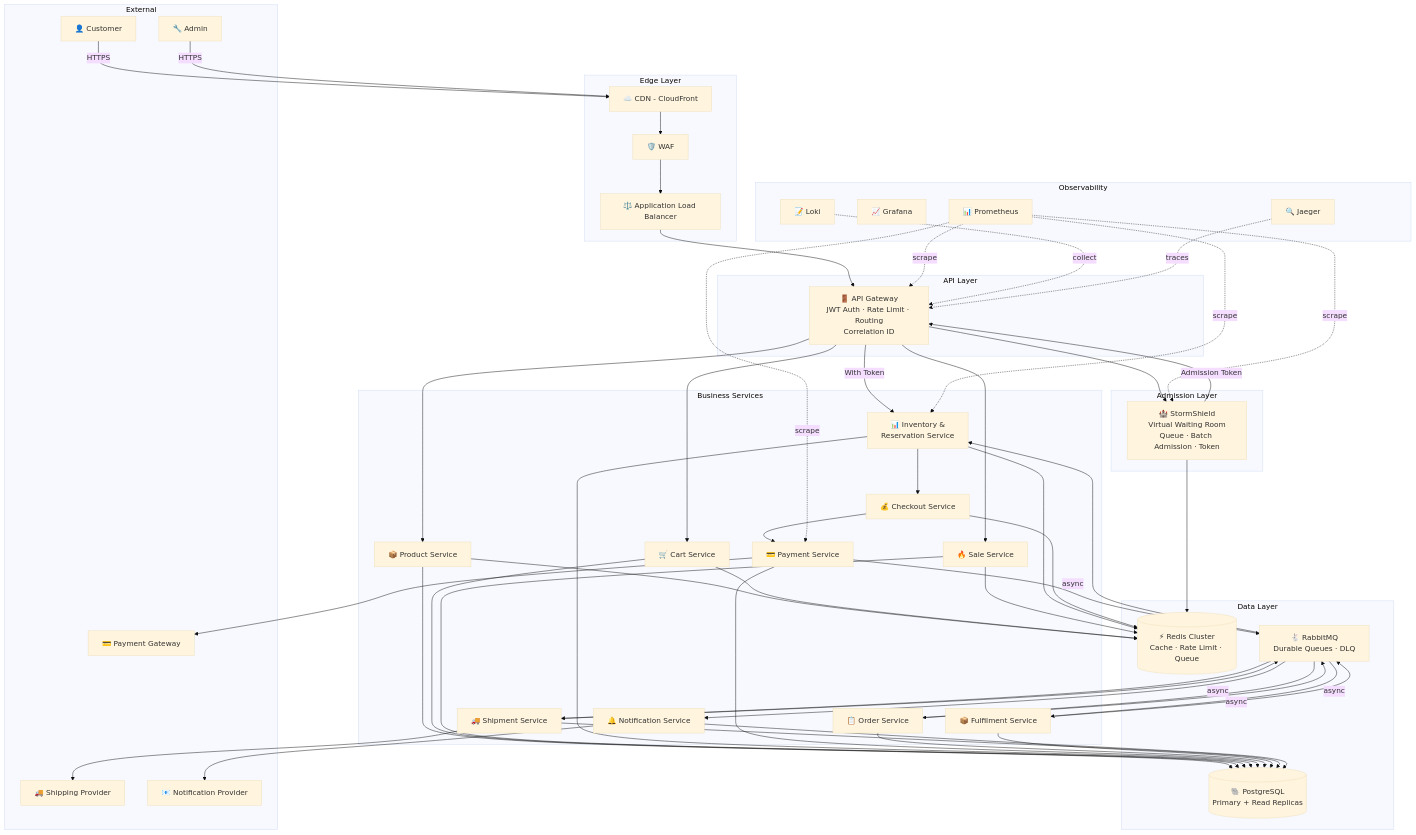
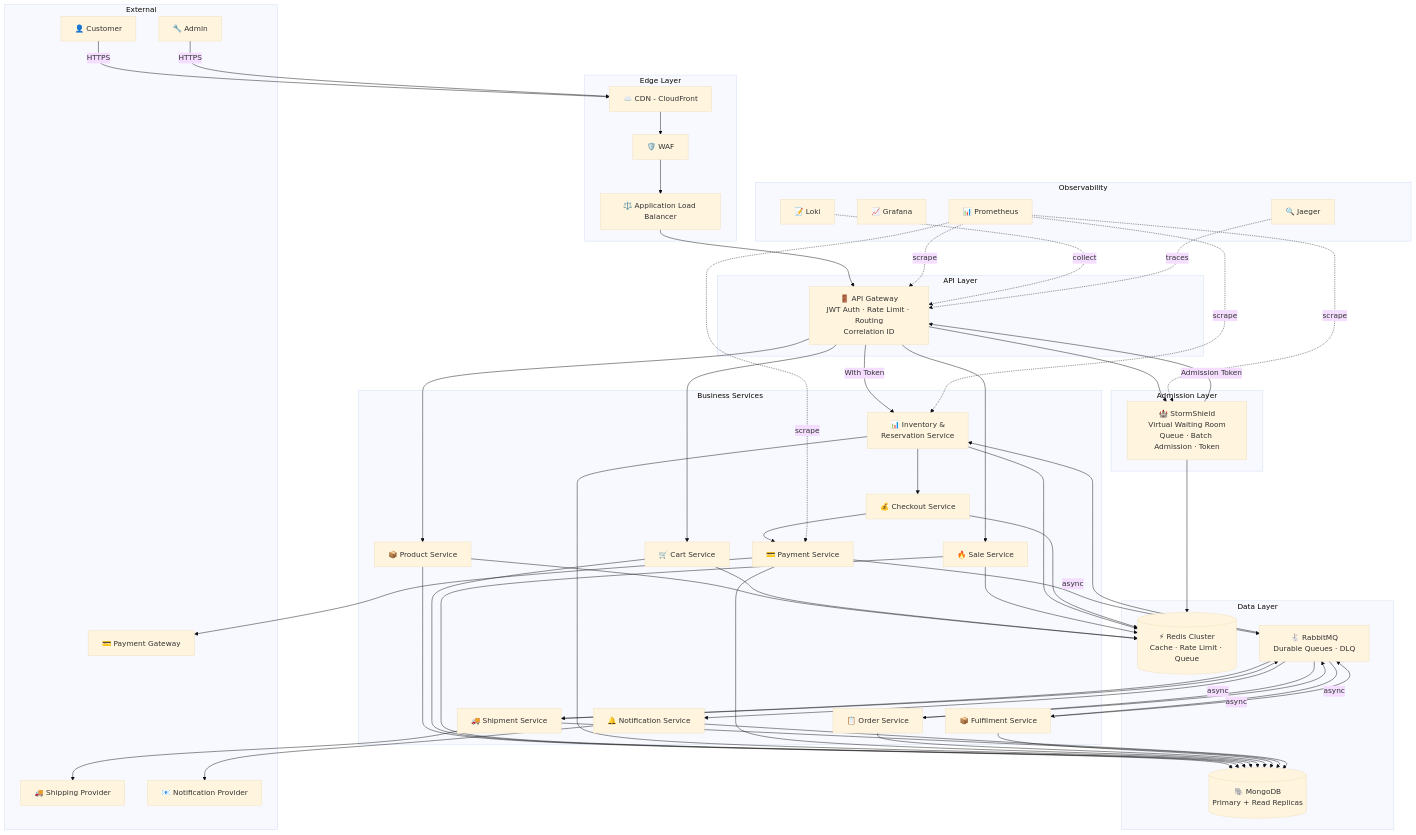
One commit to DharunKumar-K/sd changed the first of 2 diagrams in 02_HLD/02_HLD_ARCHITECTURE.md. Above: the diagram before and after it, drawn with Mermaid (base theme). The commit also changed other lines of this file and 40 other files, not shown here.

Commit message:
chore: migrate architecture documentation from PostgreSQL to MongoDB as per ADR-MONGODB-001

```diff
--- a/02_HLD/02_HLD_ARCHITECTURE.md
+++ b/02_HLD/02_HLD_ARCHITECTURE.md
@@ -50,7 +50,7 @@
     end
 
     subgraph "Data Layer"
-        PG[(🐘 PostgreSQL<br/>Primary + Read Replicas)]
+        PG[(🐘 MongoDB<br/>Primary + Read Replicas)]
         RD[(⚡ Redis Cluster<br/>Cache · Rate Limit · Queue)]
         RMQ[🐇 RabbitMQ<br/>Durable Queues · DLQ]
     end
```
